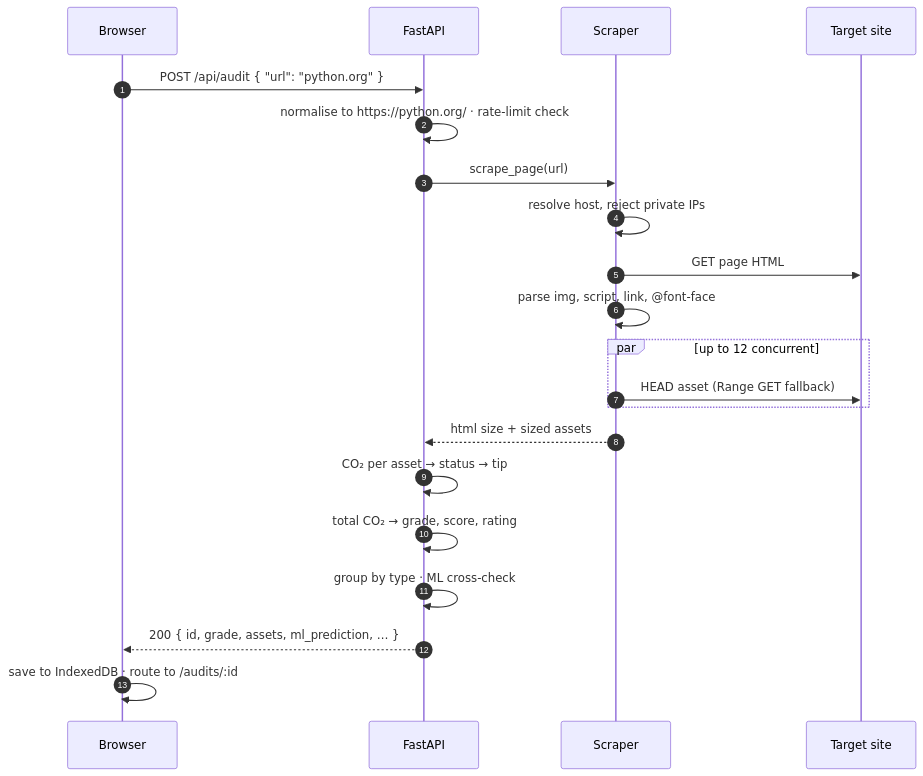
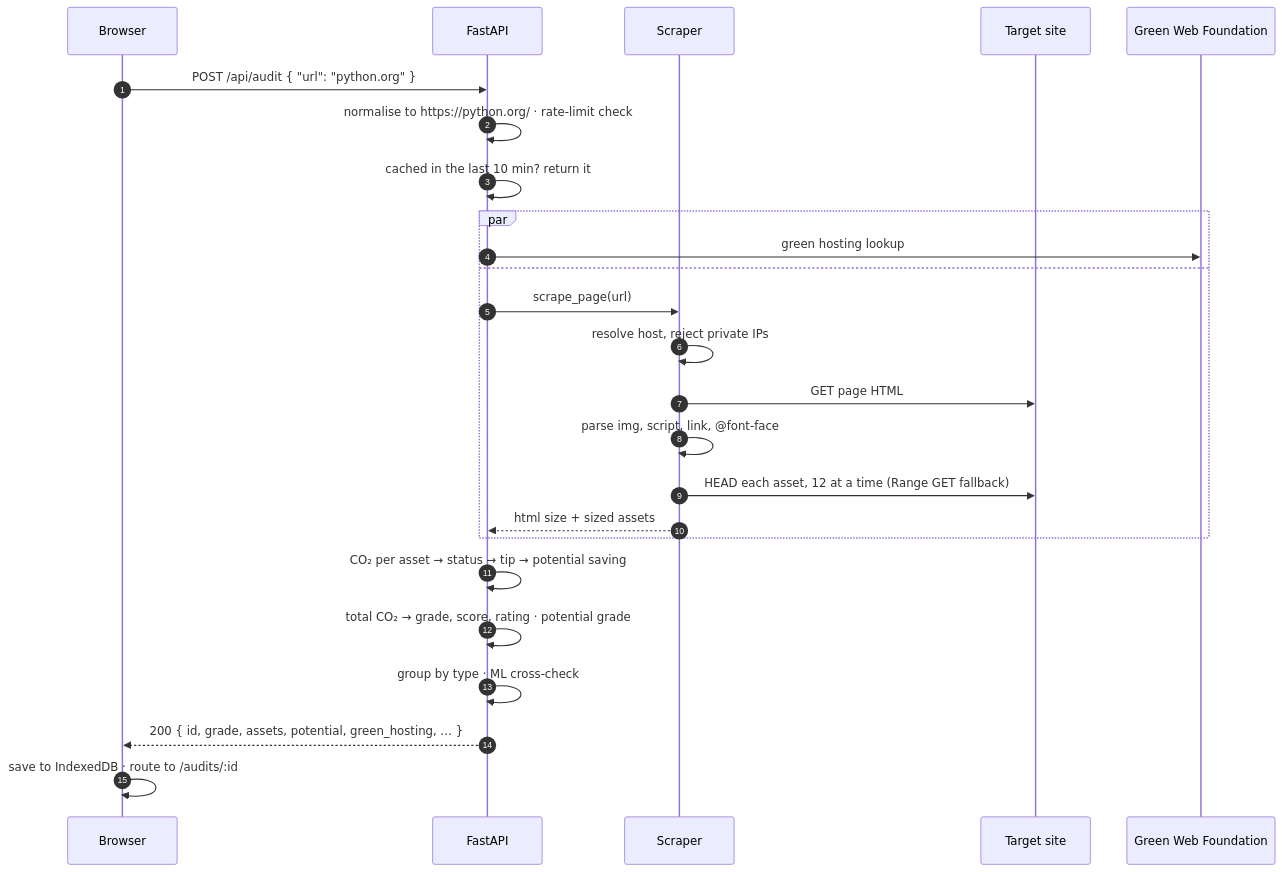
Before and after one commit to remoshan/eco-web-auditor: the second of 2 diagrams in README.md, drawn with Mermaid. The commit also changed other lines of this file and 7 other files, not shown here.

Commit message:
feat: implement caching for audit results and add green hosting lookup

````diff
--- a/README.md
+++ b/README.md
@@ -88,24 +88,28 @@
 ```mermaid
 sequenceDiagram
     autonumber
     participant B as Browser
     participant A as FastAPI
     participant S as Scraper
     participant W as Target site
+    participant G as Green Web Foundation
 
     B->>A: POST /api/audit { "url": "python.org" }
     A->>A: normalise to https://python.org/ · rate-limit check
-    A->>S: scrape_page(url)
-    S->>S: resolve host, reject private IPs
-    S->>W: GET page HTML
-    S->>S: parse img, script, link, @font-face
-    par up to 12 concurrent
-        S->>W: HEAD asset (Range GET fallback)
+    A->>A: cached in the last 10 min? return it
+    par
+        A->>G: green hosting lookup
+    and
+        A->>S: scrape_page(url)
+        S->>S: resolve host, reject private IPs
+        S->>W: GET page HTML
+        S->>S: parse img, script, link, @font-face
+        S->>W: HEAD each asset, 12 at a time (Range GET fallback)
+        S-->>A: html size + sized assets
     end
-    S-->>A: html size + sized assets
-    A->>A: CO₂ per asset → status → tip
-    A->>A: total CO₂ → grade, score, rating
+    A->>A: CO₂ per asset → status → tip → potential saving
+    A->>A: total CO₂ → grade, score, rating · potential grade
     A->>A: group by type · ML cross-check
-    A-->>B: 200 { id, grade, assets, ml_prediction, … }
+    A-->>B: 200 { id, grade, assets, potential, green_hosting, … }
     B->>B: save to IndexedDB · route to /audits/:id
 ```
````
